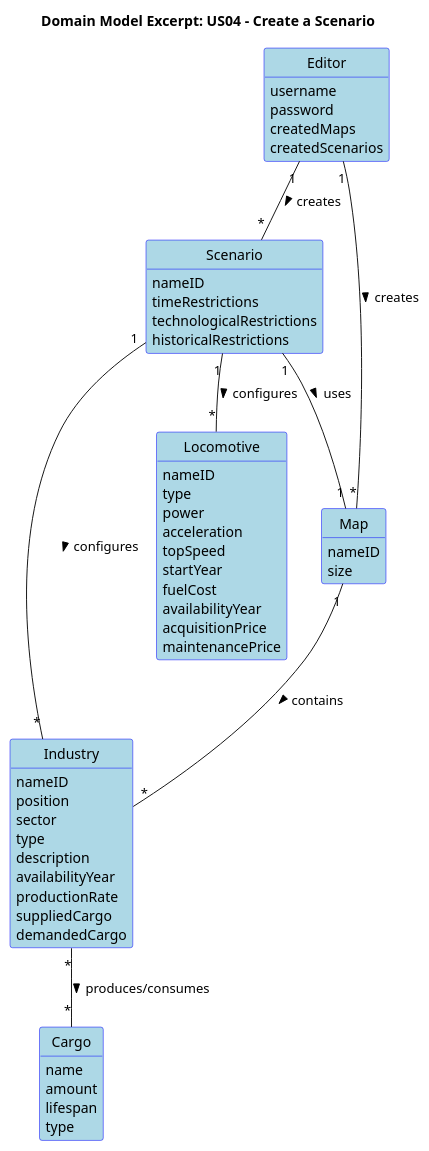
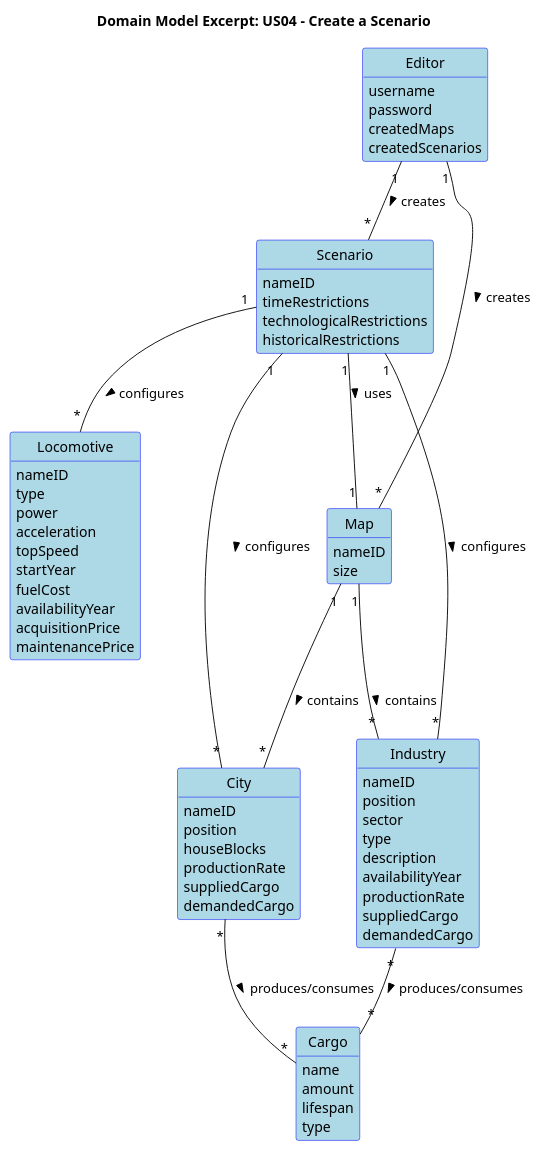
The diagram in docs/system-documentation/Sprint 1/US04/02.analysis/puml/US04-DM.puml (HenriqueSilva18/Railway-Network-Simulator), drawn with PlantUML before and after one commit. The commit also changed 8 other files, not shown here.

```diff
--- a/docs/system-documentation/Sprint 1/US04/02.analysis/puml/US04-DM.puml
+++ b/docs/system-documentation/Sprint 1/US04/02.analysis/puml/US04-DM.puml
@@ -1,76 +1,88 @@
 @startuml
 skinparam shadowing false
 skinparam classAttributeIconSize 0
 skinparam class {
   BackgroundColor LightBlue
   BorderColor Blue
 }
 skinparam enum {
   BackgroundColor LightBlue
   BorderColor Blue
 }
 hide circle
 hide methods
 
 title Domain Model Excerpt: US04 - Create a Scenario
 
 class Editor {
     username
     password
     createdMaps
     createdScenarios
 }
 
 class Scenario {
   nameID
   timeRestrictions
   technologicalRestrictions
   historicalRestrictions
 }
 
 class Map {
   nameID
   size
 }
 
 class Industry {
   nameID
   position
   sector
   type
   description
   availabilityYear
   productionRate
   suppliedCargo
   demandedCargo
 }
 
 class Cargo {
   name
   amount
   lifespan
   type
 }
 
 class Locomotive {
   nameID
   type
   power
   acceleration
   topSpeed
   startYear
   fuelCost
   availabilityYear
   acquisitionPrice
   maintenancePrice
 }
 
+class City {
+  nameID
+  position
+  houseBlocks
+  productionRate
+  suppliedCargo
+  demandedCargo
+}
+
 Editor "1" -- "*" Map : creates >
 Editor "1" -- "*" Scenario : creates >
 Scenario "1" -- "1" Map : uses >
 Map "1" -- "*" Industry : contains >
 Industry "*" -- "*" Cargo : produces/consumes >
 Scenario "1" -- "*" Locomotive : configures >
 Scenario "1" -- "*" Industry : configures >
+City "*" -- "*" Cargo : produces/consumes >
+Map "1" -- "*" City : contains >
+Scenario "1" -- "*" City : configures >
 
 @enduml
```
